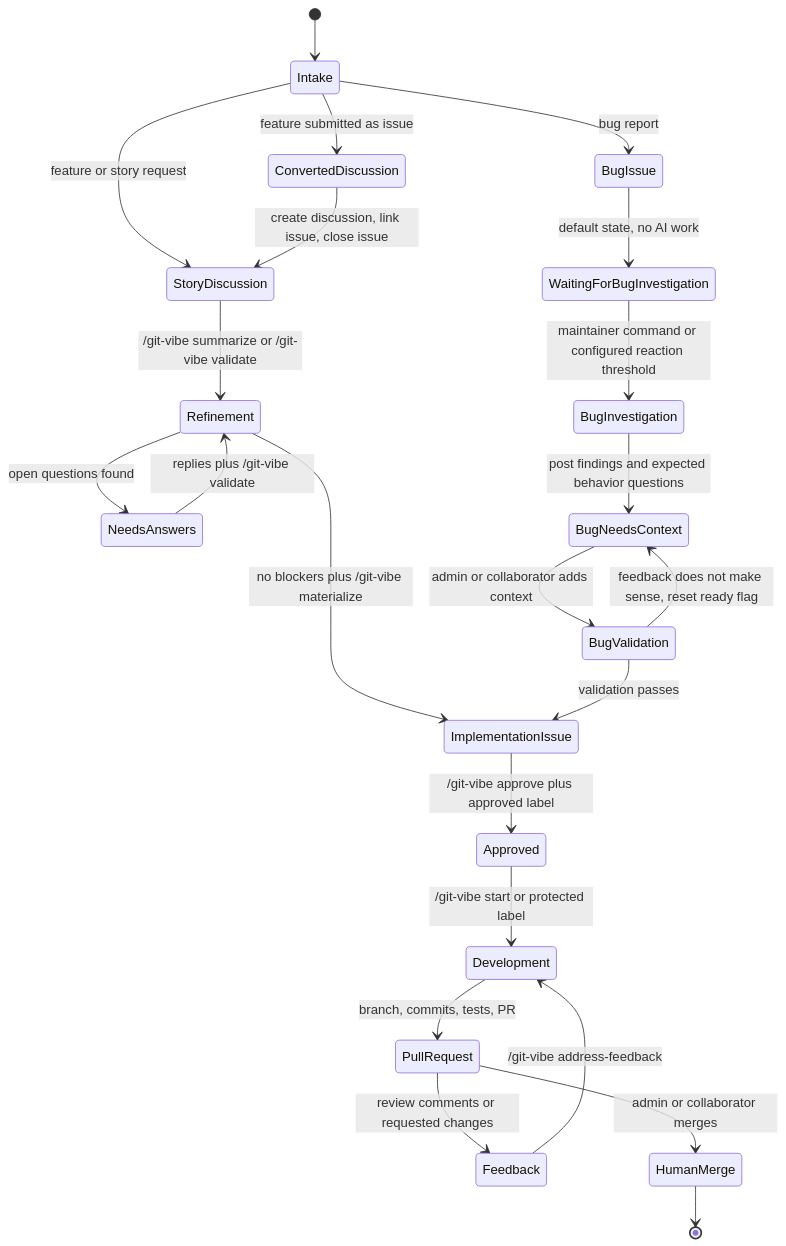
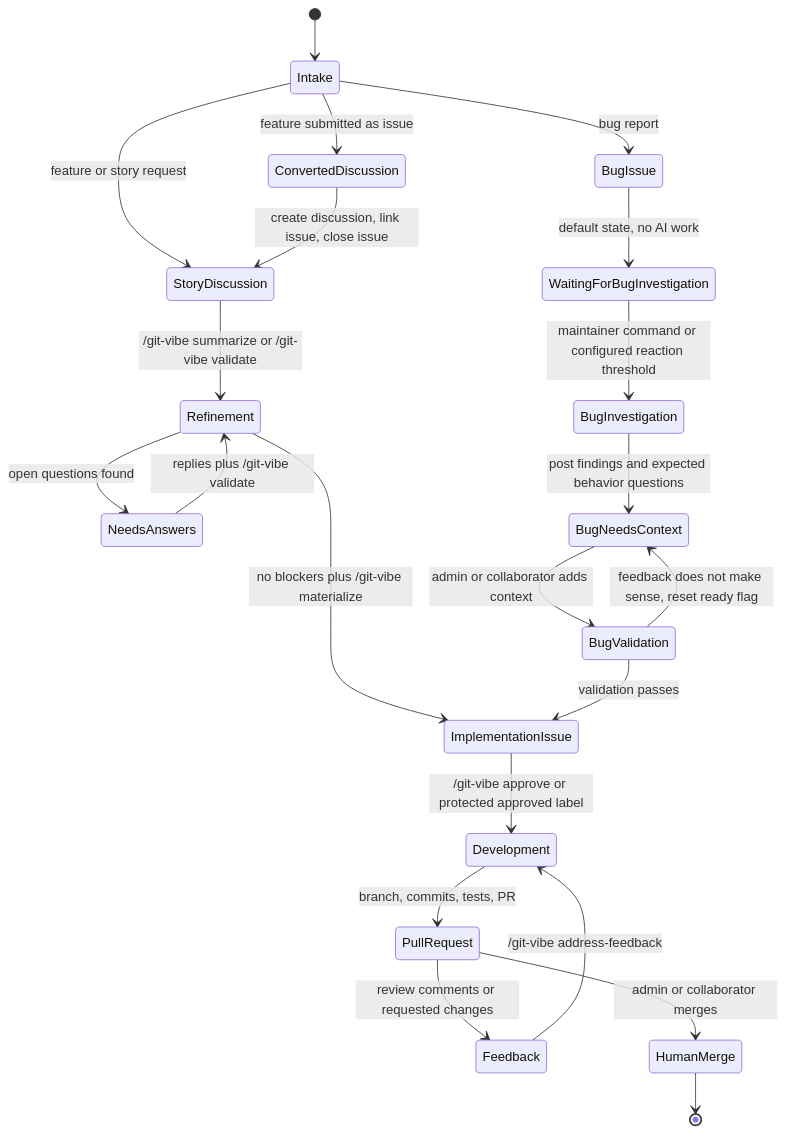
One commit to markhuangai/git-vibe changed the first of 5 diagrams in docs/WORKFLOW.md. Above: the diagram before and after it, drawn with Mermaid. The commit also changed other lines of this file and 4 other files, not shown here.

````diff
--- a/docs/WORKFLOW.md
+++ b/docs/WORKFLOW.md
@@ -5,32 +5,31 @@
 ```mermaid
 stateDiagram-v2
   [*] --> Intake
 
   Intake --> BugIssue: bug report
   Intake --> StoryDiscussion: feature or story request
 
   Intake --> ConvertedDiscussion: feature submitted as issue
   ConvertedDiscussion --> StoryDiscussion: create discussion, link issue, close issue
 
   StoryDiscussion --> Refinement: /git-vibe summarize or /git-vibe validate
   Refinement --> NeedsAnswers: open questions found
   NeedsAnswers --> Refinement: replies plus /git-vibe validate
   Refinement --> ImplementationIssue: no blockers plus /git-vibe materialize
 
   BugIssue --> WaitingForBugInvestigation: default state, no AI work
   WaitingForBugInvestigation --> BugInvestigation: maintainer command or configured reaction threshold
   BugInvestigation --> BugNeedsContext: post findings and expected behavior questions
   BugNeedsContext --> BugValidation: admin or collaborator adds context
   BugValidation --> BugNeedsContext: feedback does not make sense, reset ready flag
   BugValidation --> ImplementationIssue: validation passes
 
-  ImplementationIssue --> Approved: /git-vibe approve plus approved label
-  Approved --> Development: /git-vibe start or protected label
+  ImplementationIssue --> Development: /git-vibe approve or protected approved label
 
   Development --> PullRequest: branch, commits, tests, PR
   PullRequest --> Feedback: review comments or requested changes
   Feedback --> Development: /git-vibe address-feedback
   PullRequest --> HumanMerge: admin or collaborator merges
 
   HumanMerge --> [*]
 ```
````
